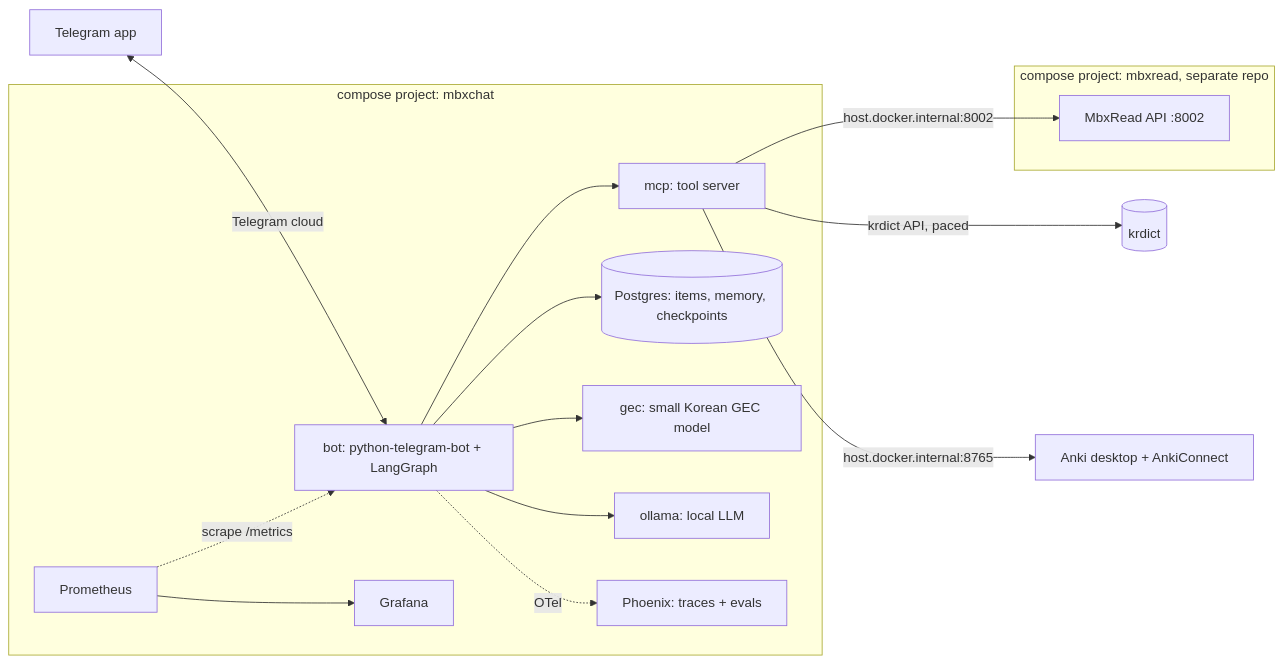
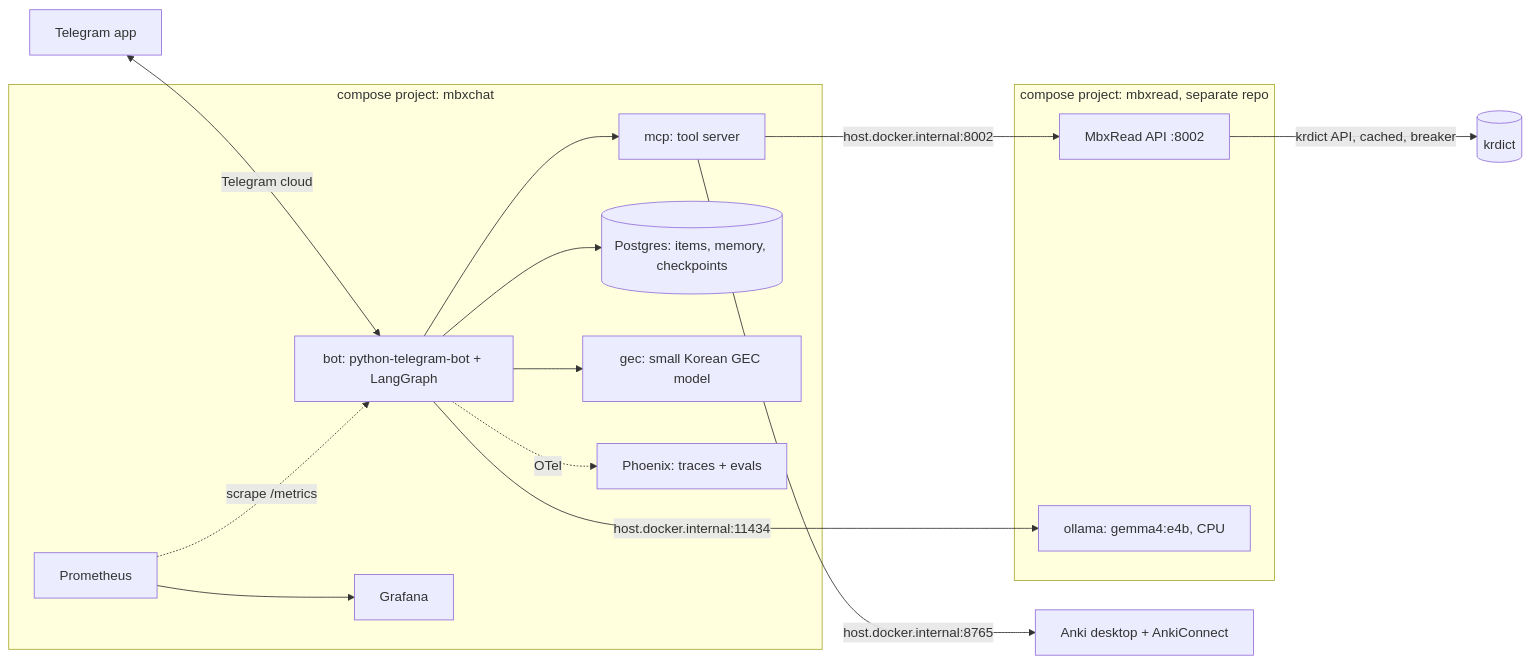
One commit to miobix/MbxChat-public changed the diagram in docs/SPEC.md. Above: the diagram before and after it, drawn with Mermaid. The commit also changed other lines of this file and 17 other files, not shown here.

````diff
--- a/docs/SPEC.md
+++ b/docs/SPEC.md
@@ -29,25 +29,25 @@
 ```mermaid
 flowchart LR
   phone[Telegram app] <-->|Telegram cloud| bot
   subgraph mbxchat [compose project: mbxchat]
     bot[bot: python-telegram-bot + LangGraph]
     mcp[mcp: tool server]
     db[(Postgres: items, memory, checkpoints)]
     gec[gec: small Korean GEC model]
-    llm[ollama: local LLM]
     phoenix[Phoenix: traces + evals]
     prom[Prometheus] --> grafana[Grafana]
   end
   subgraph mbxread [compose project: mbxread, separate repo]
     reader[MbxRead API :8002]
+    llm[ollama: gemma4:e4b, CPU]
   end
   bot --> mcp
   bot --> db
   bot --> gec
-  bot --> llm
+  bot -->|host.docker.internal:11434| llm
   bot -.OTel.-> phoenix
   prom -.scrape /metrics.-> bot
   mcp -->|host.docker.internal:8002| reader
-  mcp -->|krdict API, paced| krdict[(krdict)]
+  reader -->|krdict API, cached, breaker| krdict[(krdict)]
   mcp -->|host.docker.internal:8765| anki[Anki desktop + AnkiConnect]
 ```
````
